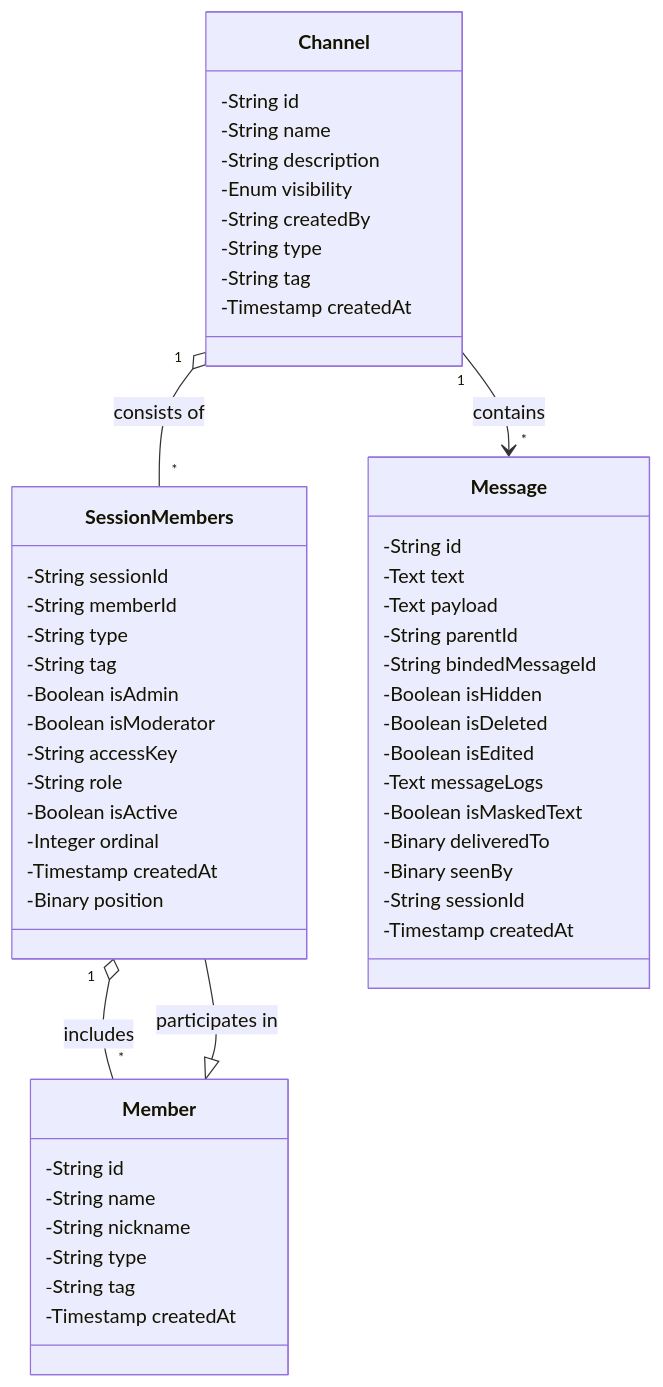
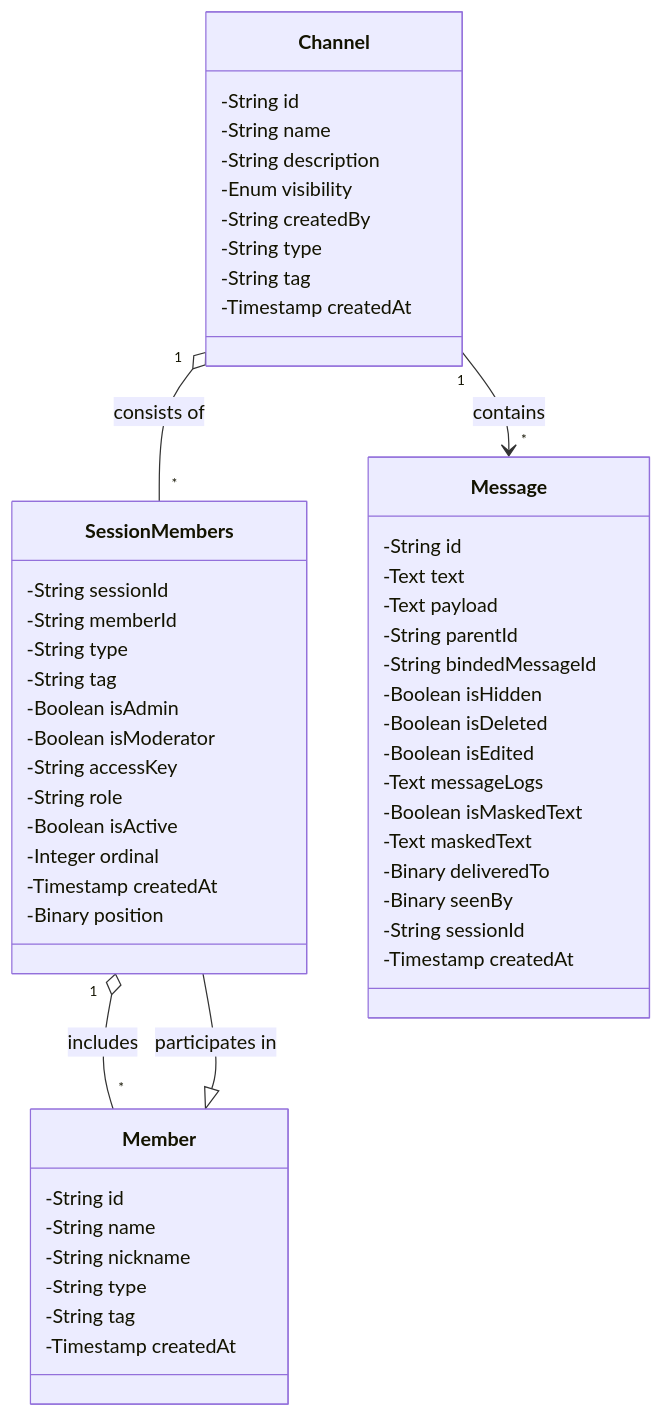
One commit to oudaykhaled/chat-service changed the diagram in documentation/UML_Class_Diagram.mmd. Above: the diagram before and after it, drawn with Mermaid.

```diff
--- a/documentation/UML_Class_Diagram.mmd
+++ b/documentation/UML_Class_Diagram.mmd
@@ -1,57 +1,58 @@
 classDiagram
     class Channel {
         -String id
         -String name
         -String description
         -Enum visibility
         -String createdBy
         -String type
         -String tag
         -Timestamp createdAt
     }
 
     class Member {
         -String id
         -String name
         -String nickname
         -String type
         -String tag
         -Timestamp createdAt
     }
 
     class SessionMembers {
         -String sessionId
         -String memberId
         -String type
         -String tag
         -Boolean isAdmin
         -Boolean isModerator
         -String accessKey
         -String role
         -Boolean isActive
         -Integer ordinal
         -Timestamp createdAt
         -Binary position
     }
 
     class Message {
         -String id
         -Text text
         -Text payload
         -String parentId
         -String bindedMessageId
         -Boolean isHidden
         -Boolean isDeleted
         -Boolean isEdited
         -Text messageLogs
         -Boolean isMaskedText
+        -Text maskedText
         -Binary deliveredTo
         -Binary seenBy
         -String sessionId
         -Timestamp createdAt
     }
 
     Channel "1" o-- "*" SessionMembers : consists of
     SessionMembers "1" o-- "*" Member : includes
     Channel "1" --> "*" Message : contains
     Member <|-- SessionMembers : participates in
```
